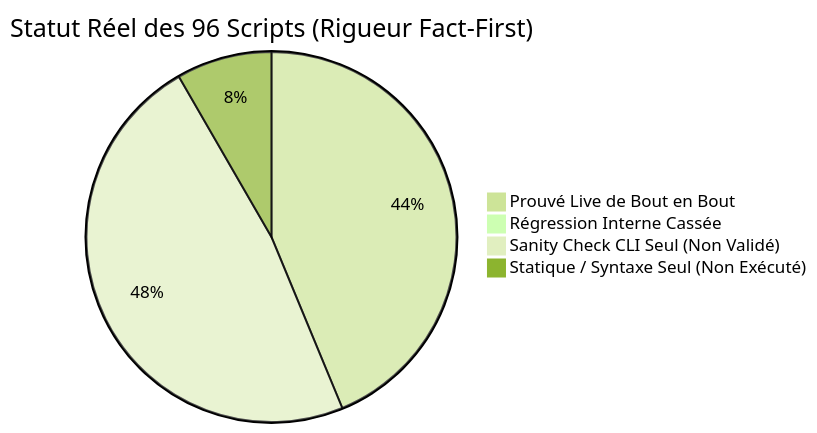
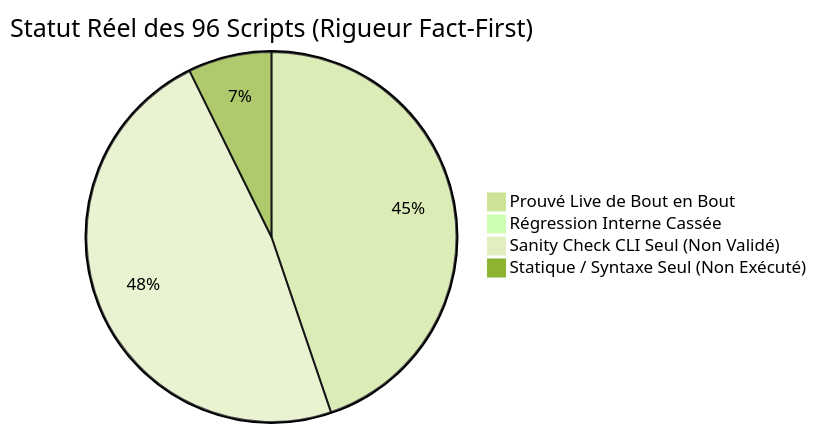
One commit to yoyonel/pydbsrt changed the diagram in docs/reference/2026-11-10-audit-exhaustif-scripts-regressions.md. Above: the diagram before and after it, drawn with Mermaid (forest theme). The commit also changed other lines of this file and 2 other files, not shown here.

````diff
--- a/docs/reference/2026-11-10-audit-exhaustif-scripts-regressions.md
+++ b/docs/reference/2026-11-10-audit-exhaustif-scripts-regressions.md
@@ -16,7 +16,7 @@
 ```mermaid
 pie title Statut Réel des 96 Scripts (Rigueur Fact-First)
-    "Prouvé Live de Bout en Bout" : 42
+    "Prouvé Live de Bout en Bout" : 43
     "Régression Interne Cassée" : 0
     "Sanity Check CLI Seul (Non Validé)" : 46
-    "Statique / Syntaxe Seul (Non Exécuté)" : 8
+    "Statique / Syntaxe Seul (Non Exécuté)" : 7
 ```
````
